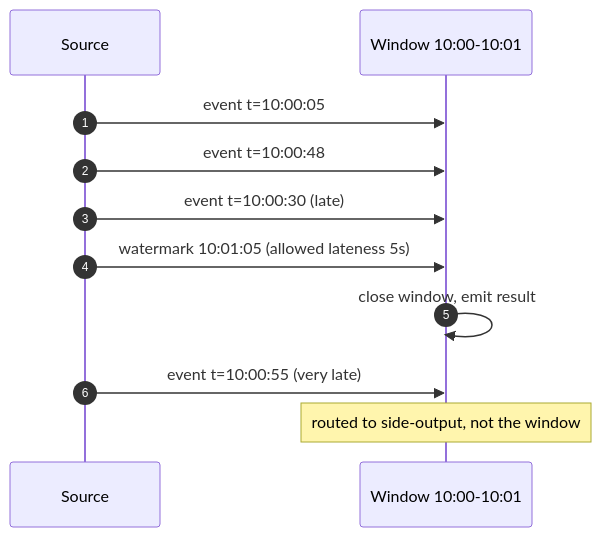
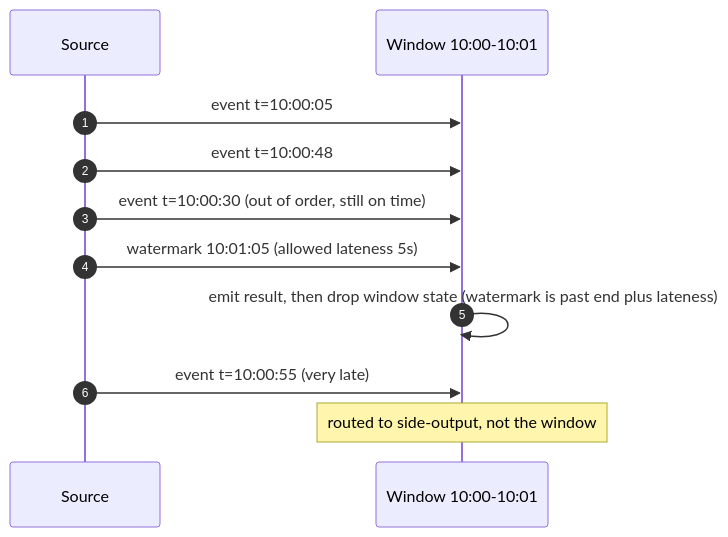
Before and after one commit to amanleloush/STACKTRACE: the second of 5 diagrams in src/content/notes/10-modern-additions/stream-processing-flink-kstreams.mdx, drawn with Mermaid. The commit also changed other lines of this file and 258 other files, not shown here.

````diff
--- a/src/content/notes/10-modern-additions/stream-processing-flink-kstreams.mdx
+++ b/src/content/notes/10-modern-additions/stream-processing-flink-kstreams.mdx
@@ -43,13 +45,13 @@
 ```mermaid
 sequenceDiagram
     autonumber
     participant S as Source
     participant W as Window 10:00-10:01
     S->>W: event t=10:00:05
     S->>W: event t=10:00:48
-    S->>W: event t=10:00:30 (late)
+    S->>W: event t=10:00:30 (out of order, still on time)
     S->>W: watermark 10:01:05 (allowed lateness 5s)
-    W->>W: close window, emit result
+    W->>W: emit result, then drop window state (watermark is past end plus lateness)
     S->>W: event t=10:00:55 (very late)
     Note over W: routed to side-output, not the window
 ```
````
